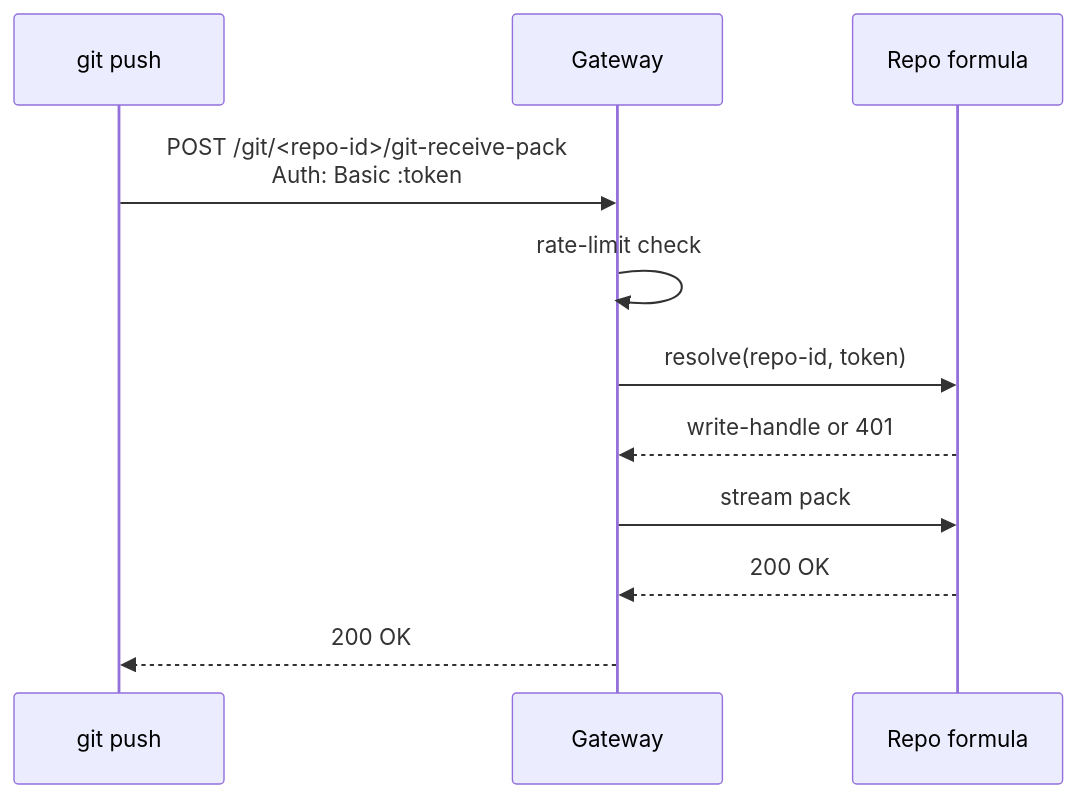
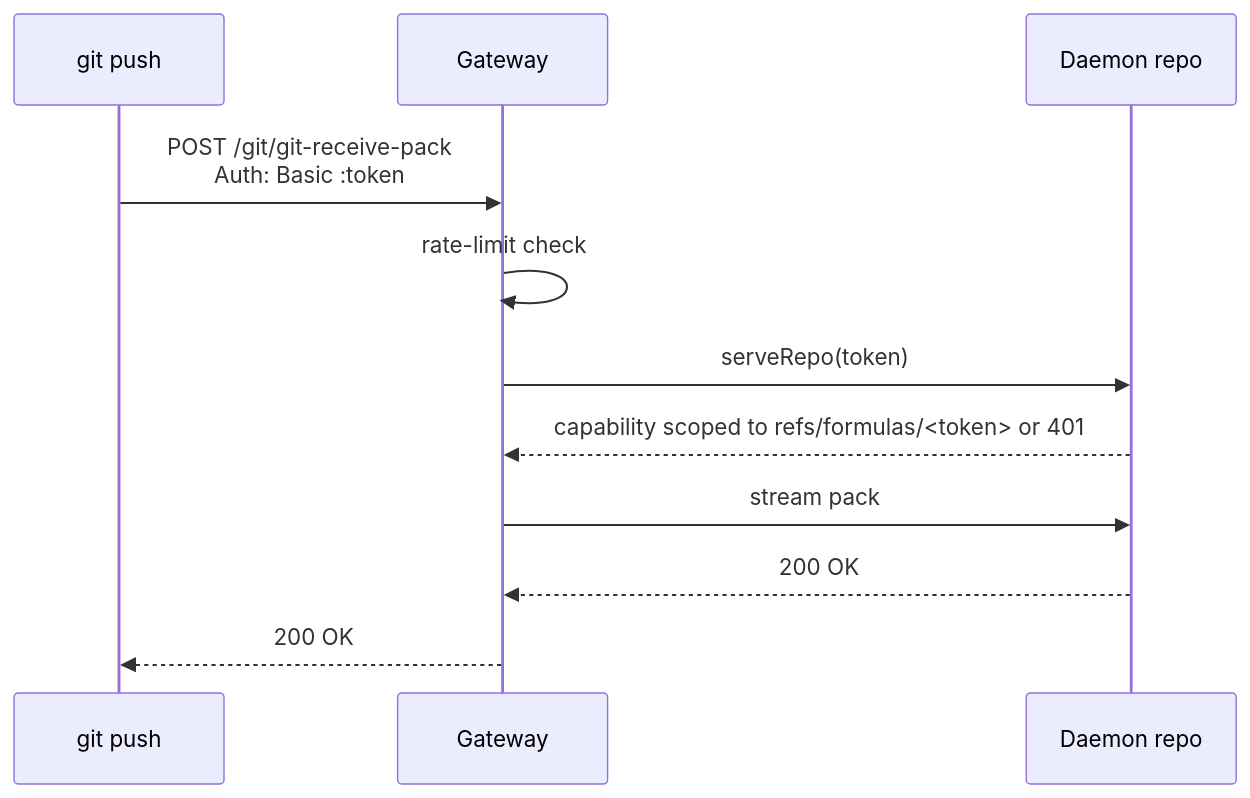
Before and after one commit to endojs/endo-but-for-bots: the second of 3 diagrams in designs/gateway-package.md, drawn with Mermaid. The commit also changed other lines of this file and 8 other files, not shown here.

First line of the commit message:
refactor(gateway): one-repo-per-daemon, bearer-as-formula-ref shape (#394 review)

````diff
--- a/designs/gateway-package.md
+++ b/designs/gateway-package.md
@@ -536,13 +544,13 @@
 ```mermaid
 sequenceDiagram
     participant Git as git push
     participant GW as Gateway
-    participant Repo as Repo formula
-    Git->>GW: POST /git/<repo-id>/git-receive-pack<br/>Auth: Basic :token
+    participant Daemon as Daemon repo
+    Git->>GW: POST /git/git-receive-pack<br/>Auth: Basic :token
     GW->>GW: rate-limit check
-    GW->>Repo: resolve(repo-id, token)
-    Repo-->>GW: write-handle or 401
-    GW->>Repo: stream pack
-    Repo-->>GW: 200 OK
+    GW->>Daemon: serveRepo(token)
+    Daemon-->>GW: capability scoped to refs/formulas/<token> or 401
+    GW->>Daemon: stream pack
+    Daemon-->>GW: 200 OK
     GW-->>Git: 200 OK
 ```
````
